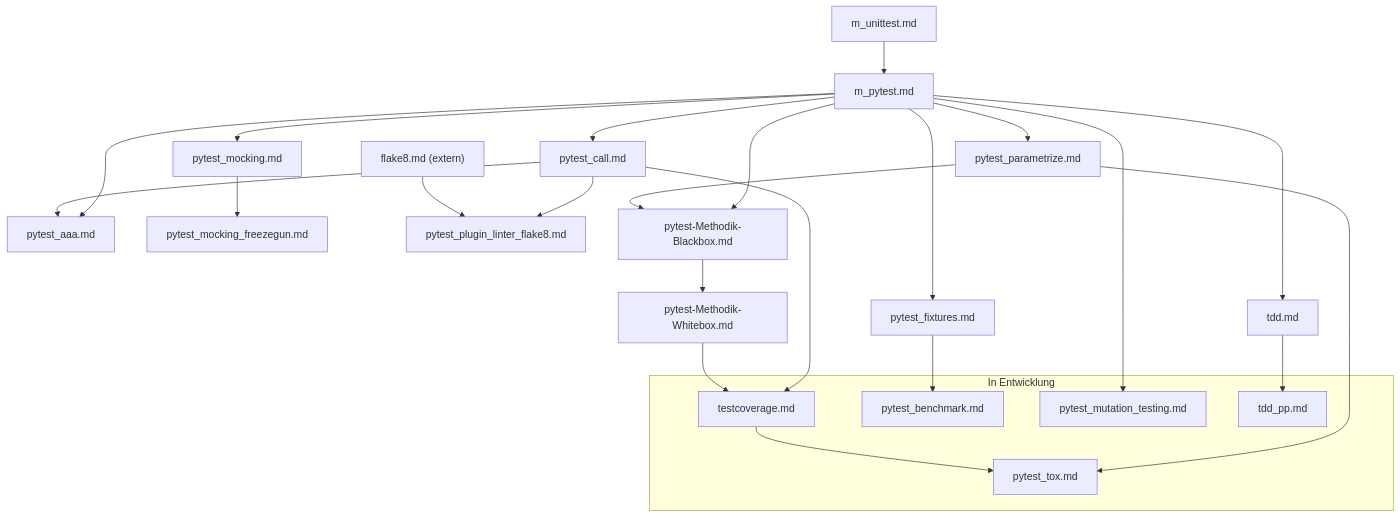
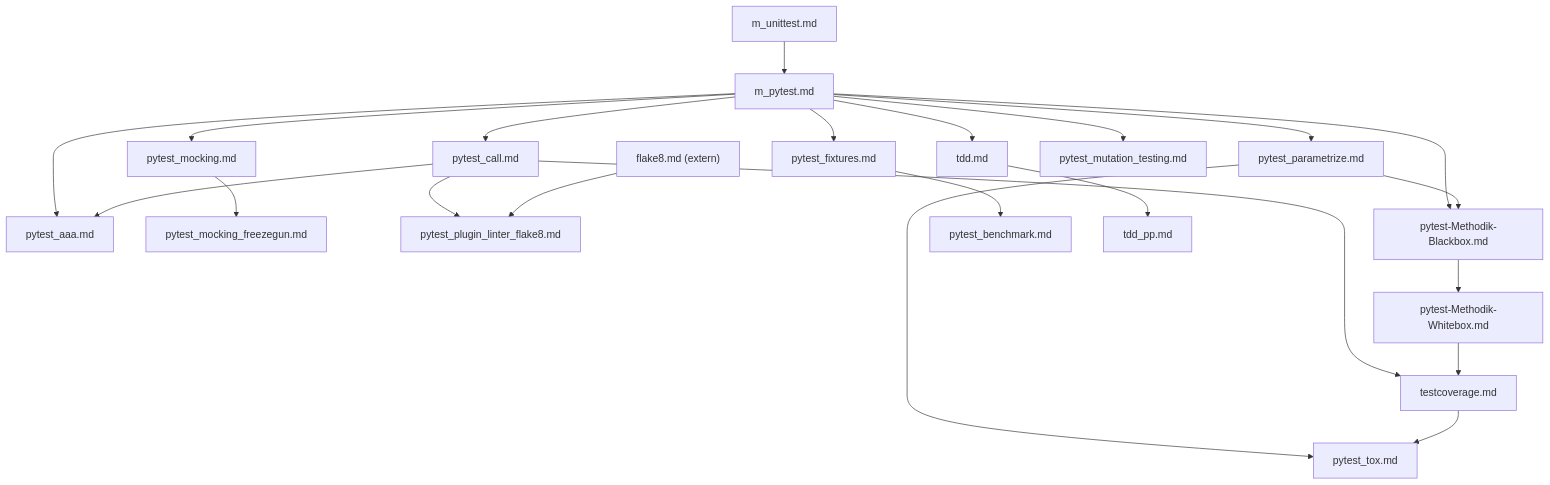
One commit to fubinf/propra-inf changed the diagram in ch/Testen/Unittests/index.md. Above: the diagram before and after it, drawn with Mermaid.

Commit message:
Unittests/index.md: remove "draft" marks from dependency graph spec

````diff
--- a/ch/Testen/Unittests/index.md
+++ b/ch/Testen/Unittests/index.md
@@ -17,46 +19,43 @@
 ```mermaid
 graph TD
     m_unittest["m_unittest.md"]
     m_pytest["m_pytest.md"]
     pytest_call["pytest_call.md"]
     pytest_parametrize["pytest_parametrize.md"]
     pytest_aaa["pytest_aaa.md"]
     pytest_fixtures["pytest_fixtures.md"]
     pytest_mocking["pytest_mocking.md"]
     pytest_mocking_freezegun["pytest_mocking_freezegun.md"]
     pytest_plugin_linter_flake8["pytest_plugin_linter_flake8.md"]
     tdd["tdd.md"]
     pytest_methodik_blackbox["pytest-Methodik-Blackbox.md"]
     pytest_methodik_whitebox["pytest-Methodik-Whitebox.md"]
     flake8_ext["flake8.md (extern)"]
-
-    subgraph draft_group ["In Entwicklung"]
-        testcoverage["testcoverage.md"]
-        pytest_benchmark["pytest_benchmark.md"]
-        pytest_tox["pytest_tox.md"]
-        pytest_mutation_testing["pytest_mutation_testing.md"]
-        tdd_pp["tdd_pp.md"]
-    end
+    testcoverage["testcoverage.md"]
+    pytest_benchmark["pytest_benchmark.md"]
+    pytest_tox["pytest_tox.md"]
+    pytest_mutation_testing["pytest_mutation_testing.md"]
+    tdd_pp["tdd_pp.md"]
 
     m_unittest --> m_pytest
     m_pytest --> pytest_call
     m_pytest --> pytest_parametrize
     m_pytest --> pytest_aaa
     m_pytest --> pytest_fixtures
     m_pytest --> pytest_mocking
     m_pytest --> tdd
     m_pytest --> pytest_methodik_blackbox
     m_pytest --> pytest_mutation_testing
     pytest_call --> pytest_aaa
     pytest_call --> pytest_plugin_linter_flake8
     pytest_call --> testcoverage
     pytest_parametrize --> pytest_methodik_blackbox
     pytest_parametrize --> pytest_tox
     pytest_methodik_blackbox --> pytest_methodik_whitebox
     pytest_methodik_whitebox --> testcoverage
     pytest_mocking --> pytest_mocking_freezegun
     pytest_fixtures --> pytest_benchmark
     tdd --> tdd_pp
     testcoverage --> pytest_tox
     flake8_ext --> pytest_plugin_linter_flake8
 ```
````
